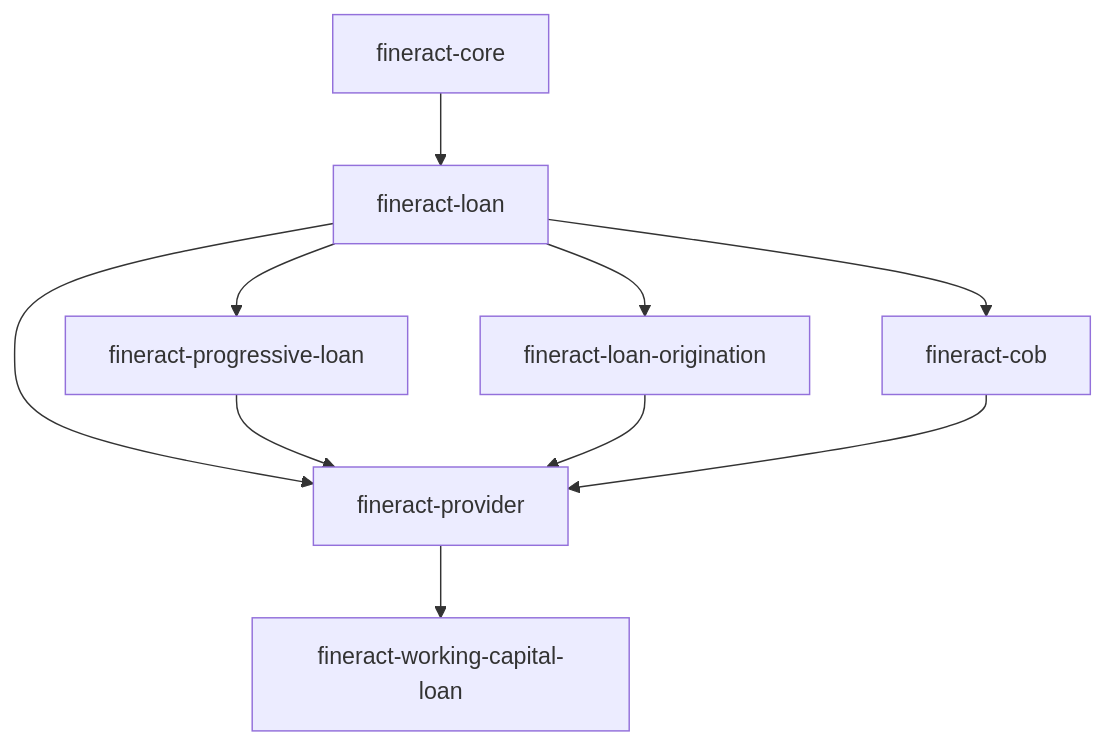
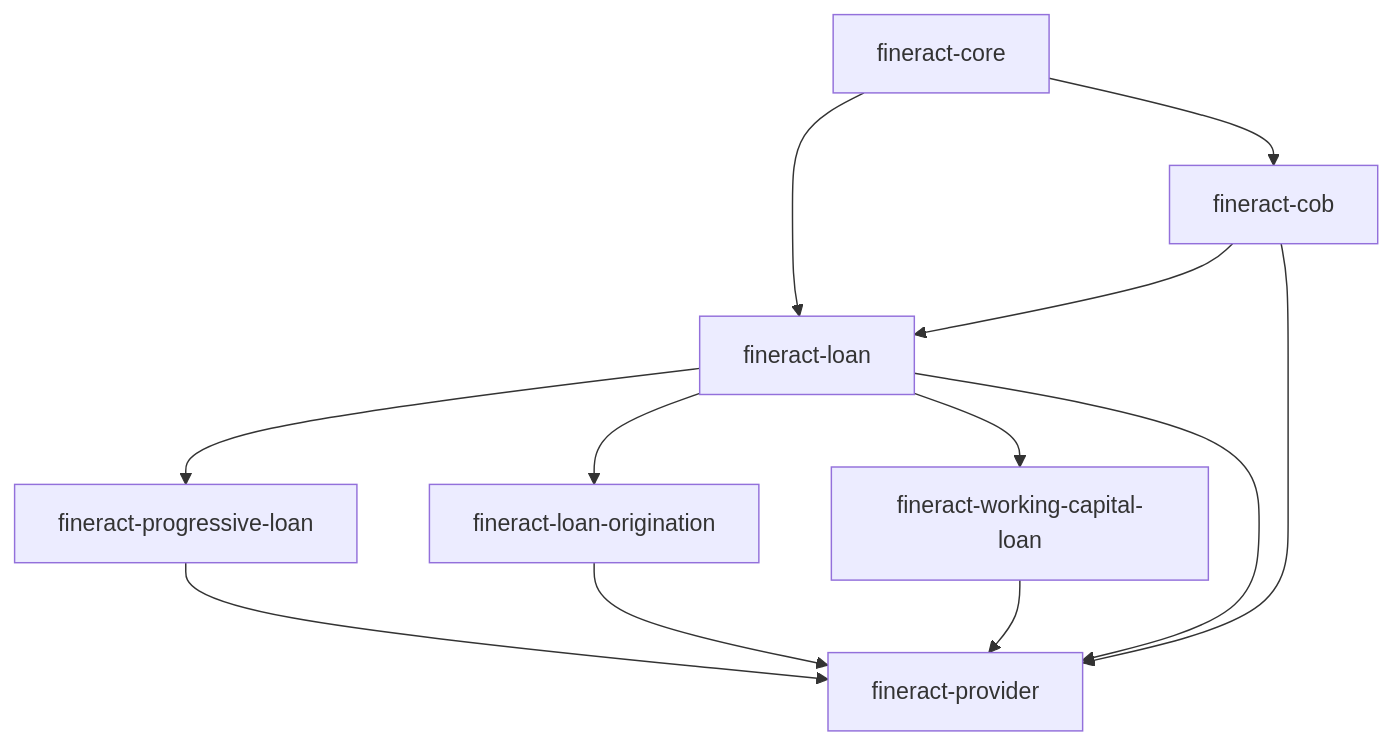
Before and after one commit to mintlify-atlas/docs-wiki-9611aba1: the diagram in loans/loan-module.mdx, drawn with Mermaid. The commit also changed other lines of this file and 25 other files, not shown here.

Commit message:
docs: review pass — accuracy audit, Mermaid fixes, orphan cleanup

````diff
--- a/loans/loan-module.mdx
+++ b/loans/loan-module.mdx
@@ -164,12 +165,14 @@
 ```mermaid
 graph TD
     A[fineract-core] --> B[fineract-loan]
+    E[fineract-cob] --> B
     B --> C[fineract-progressive-loan]
     B --> D[fineract-loan-origination]
-    B --> E[fineract-cob]
-    B --> F[fineract-provider]
-    C --> F
+    B --> G[fineract-working-capital-loan]
+    A --> E
+    C --> F[fineract-provider]
     D --> F
     E --> F
-    F --> G[fineract-working-capital-loan]
+    B --> F
+    G --> F
 ```
````
